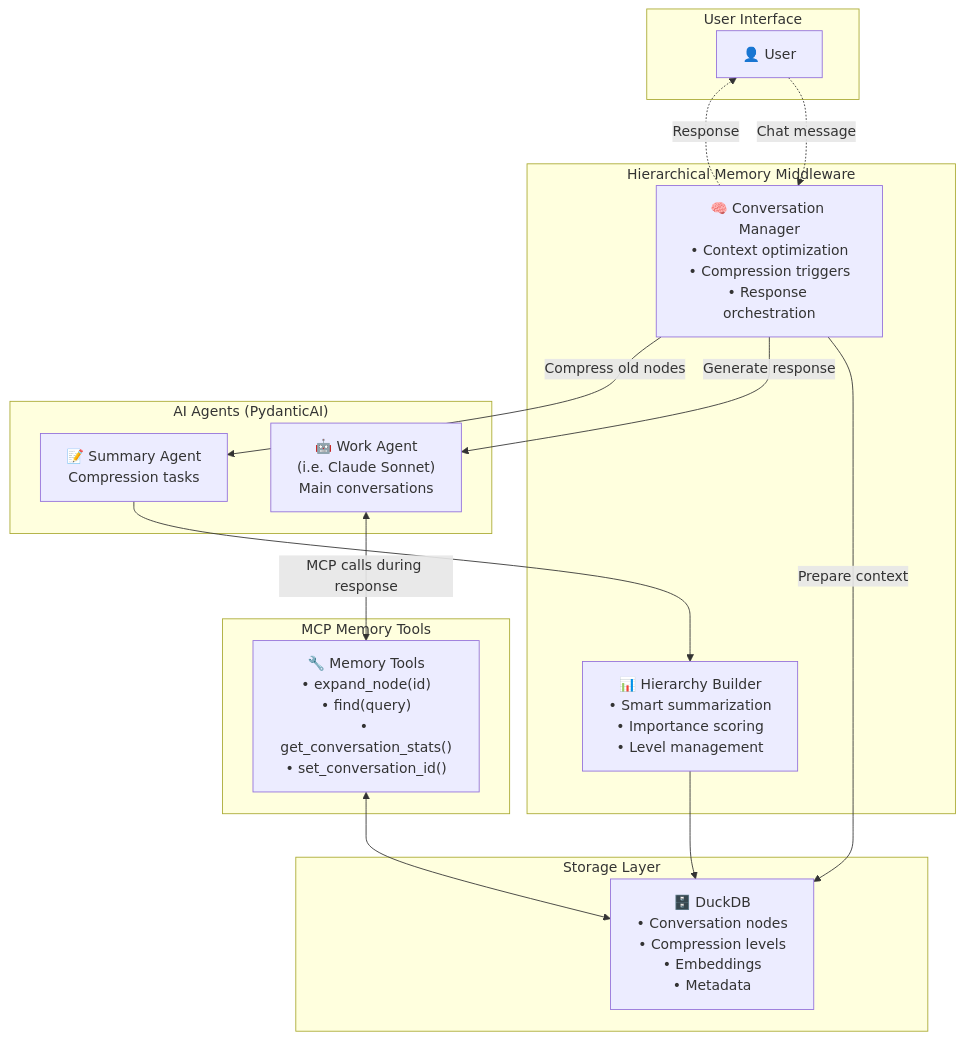
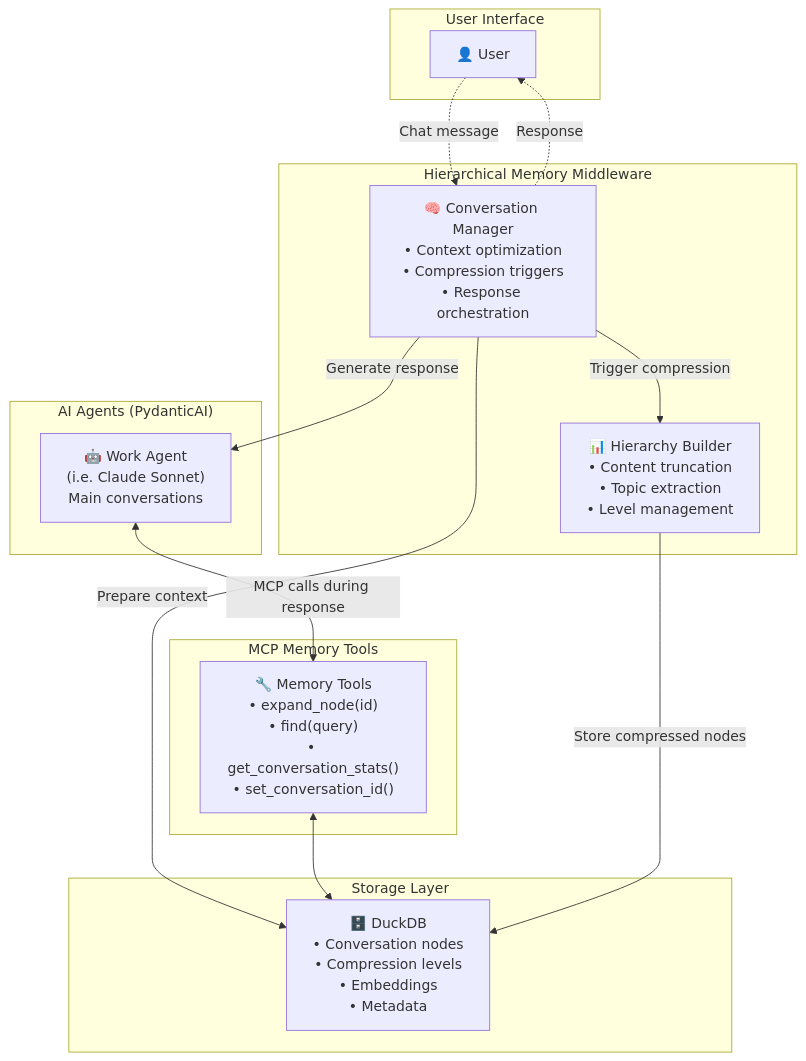
Before and after one commit to danielpodrazka/hierarchical-memory-middleware: the fourth of 4 diagrams in README.md, drawn with Mermaid. The commit also changed other lines of this file, not shown here.

````diff
--- a/README.md
+++ b/README.md
@@ -178,34 +178,32 @@
 ```mermaid
 graph TB
     subgraph "User Interface"
         User[👤 User]
     end
 
     subgraph "Hierarchical Memory Middleware"
         CM["🧠 Conversation Manager<br/>• Context optimization<br/>• Compression triggers<br/>• Response orchestration"]
-        HB["📊 Hierarchy Builder<br/>• Smart summarization<br/>• Importance scoring<br/>• Level management"]
+        HB["📊 Hierarchy Builder<br/>• Content truncation<br/>• Topic extraction<br/>• Level management"]
     end
 
     subgraph "AI Agents (PydanticAI)"
         Work["🤖 Work Agent<br/>(i.e. Claude Sonnet)<br/>Main conversations"]
-        Sum["📝 Summary Agent<br/>Compression tasks"]
     end
 
     subgraph "Storage Layer"
         DB["🗄️ DuckDB<br/>• Conversation nodes<br/>• Compression levels<br/>• Embeddings<br/>• Metadata"]
     end
 
     subgraph "MCP Memory Tools"
         MCP["🔧 Memory Tools<br/>• expand_node(id)<br/>• find(query)<br/>• get_conversation_stats()<br/>• set_conversation_id()"]
     end
 
     User -.->|"Chat message"| CM
     CM -->|"Prepare context"| DB
     CM -->|"Generate response"| Work
     Work <-->|"MCP calls during response"| MCP
     MCP <--> DB
-    CM -->|"Compress old nodes"| Sum
-    Sum --> HB
-    HB --> DB
+    CM -->|"Trigger compression"| HB
+    HB -->|"Store compressed nodes"| DB
     CM -.->|"Response"| User
 ```
````
